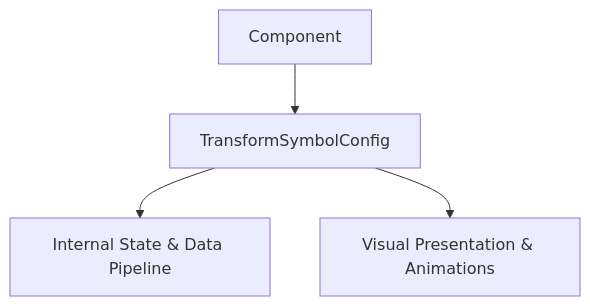
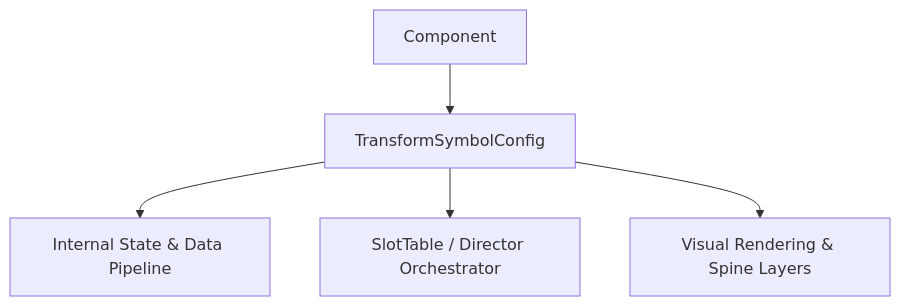
The diagram in docs/cc_slot_mechanics/modules/TransformSymbolConfig/01_overview/01_architecture_and_role.md (lam-ark/mcp-fwcc), drawn with Mermaid before and after one commit. The commit also changed other lines of this file and 2509 other files, not shown here.

````diff
--- a/docs/cc_slot_mechanics/modules/TransformSymbolConfig/01_overview/01_architecture_and_role.md
+++ b/docs/cc_slot_mechanics/modules/TransformSymbolConfig/01_overview/01_architecture_and_role.md
@@ -18,6 +24,7 @@
 ```mermaid
 graph TD
-    Parent[Component] --> Mod[TransformSymbolConfig]
-    Mod --> State[Internal State & Data Pipeline]
-    Mod --> Render[Visual Presentation & Animations]
+    SuperClass[Component] --> TargetClass[TransformSymbolConfig]
+    TargetClass --> DataPipeline[Internal State & Data Pipeline]
+    TargetClass --> Orchestrator[SlotTable / Director Orchestrator]
+    TargetClass --> ViewLayer[Visual Rendering & Spine Layers]
 ```
````
